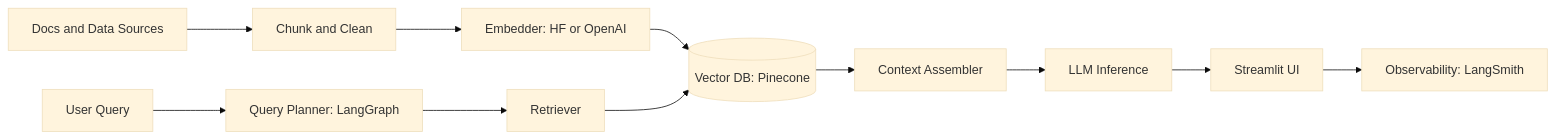
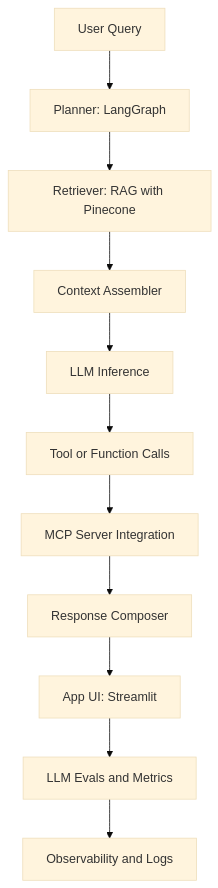
The diagram in README.md (rajo69/rajo69), drawn with Mermaid (base theme) before and after one commit. The commit also changed other lines of this file, not shown here.

````diff
--- a/README.md
+++ b/README.md
@@ -66,13 +73,13 @@
 ```mermaid
-flowchart LR
-  A[Docs and Data Sources] --> B[Chunk and Clean]
-  B --> C[Embedder: HF or OpenAI]
-  C --> D[(Vector DB: Pinecone)]
-  E[User Query] --> F[Query Planner: LangGraph]
-  F --> G[Retriever]
-  G --> D
-  D --> H[Context Assembler]
-  H --> I[LLM Inference]
-  I --> J[Streamlit UI]
-  J --> K[Observability: LangSmith]
+flowchart TD
+  A[User Query] --> B[Planner: LangGraph]
+  B --> C[Retriever: RAG with Pinecone]
+  C --> D[Context Assembler]
+  D --> E[LLM Inference]
+  E --> F[Tool or Function Calls]
+  F --> G[MCP Server Integration]
+  G --> H[Response Composer]
+  H --> I[App UI: Streamlit]
+  I --> J[LLM Evals and Metrics]
+  J --> K[Observability and Logs]
 ```
````
